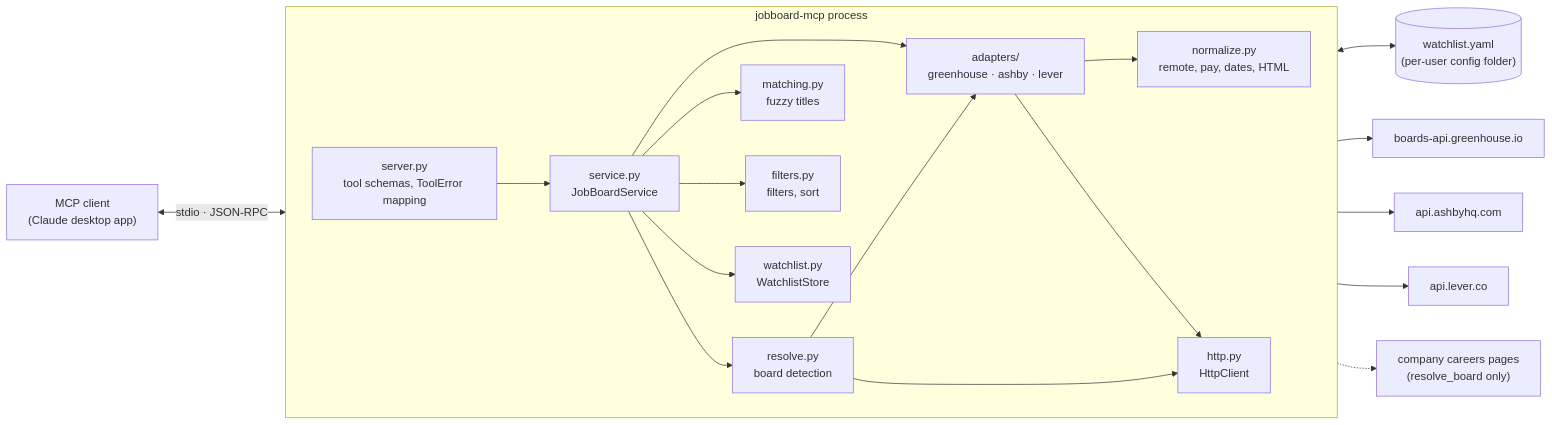
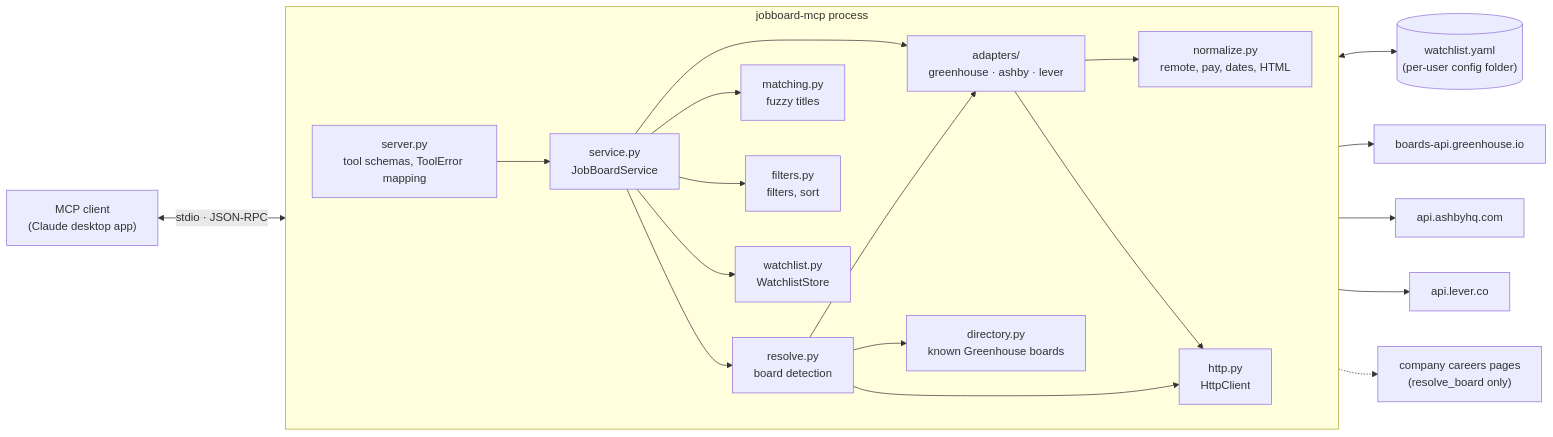
The first of 7 diagrams in docs/architecture.md (HakujouRyu/jobboard-mcp), drawn with Mermaid before and after one commit. The commit also changed other lines of this file and 12 other files, not shown here.

First line of the commit message:
Look companies up in a bundled Greenhouse board list in resolve_board

````diff
--- a/docs/architecture.md
+++ b/docs/architecture.md
@@ -18,40 +18,42 @@
 ```mermaid
 flowchart LR
     client["MCP client<br/>(Claude desktop app)"]
 
     subgraph proc["jobboard-mcp process"]
         direction LR
         server["server.py<br/>tool schemas, ToolError mapping"]
         service["service.py<br/>JobBoardService"]
         adapters["adapters/<br/>greenhouse · ashby · lever"]
         resolve["resolve.py<br/>board detection"]
+        directory["directory.py<br/>known Greenhouse boards"]
         matching["matching.py<br/>fuzzy titles"]
         filters["filters.py<br/>filters, sort"]
         normalize["normalize.py<br/>remote, pay, dates, HTML"]
         store["watchlist.py<br/>WatchlistStore"]
         http["http.py<br/>HttpClient"]
     end
 
     yaml[("watchlist.yaml<br/>(per-user config folder)")]
     gh["boards-api.greenhouse.io"]
     ash["api.ashbyhq.com"]
     lev["api.lever.co"]
     careers["company careers pages<br/>(resolve_board only)"]
 
     client <-->|"stdio · JSON-RPC"| server
     server --> service
     service --> adapters
     service --> resolve
     service --> matching
     service --> filters
     service --> store
     adapters --> normalize
     resolve --> adapters
+    resolve --> directory
     adapters --> http
     resolve --> http
     store <--> yaml
     http --> gh
     http --> ash
     http --> lev
     http -.-> careers
 ```
````
